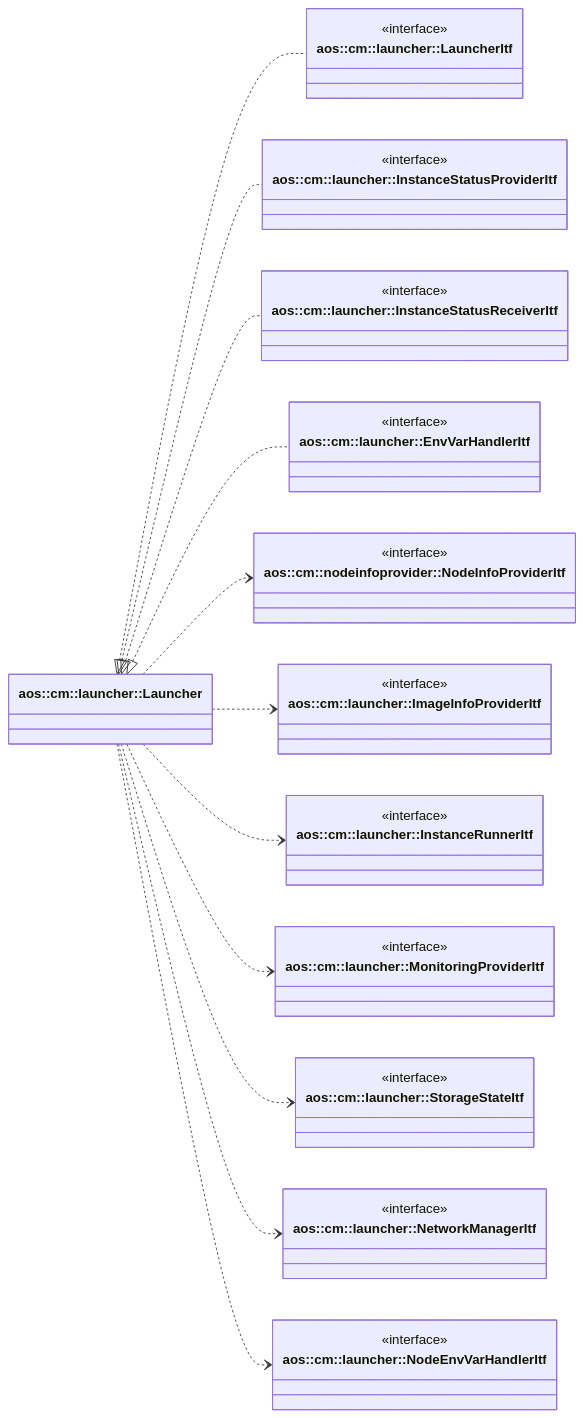
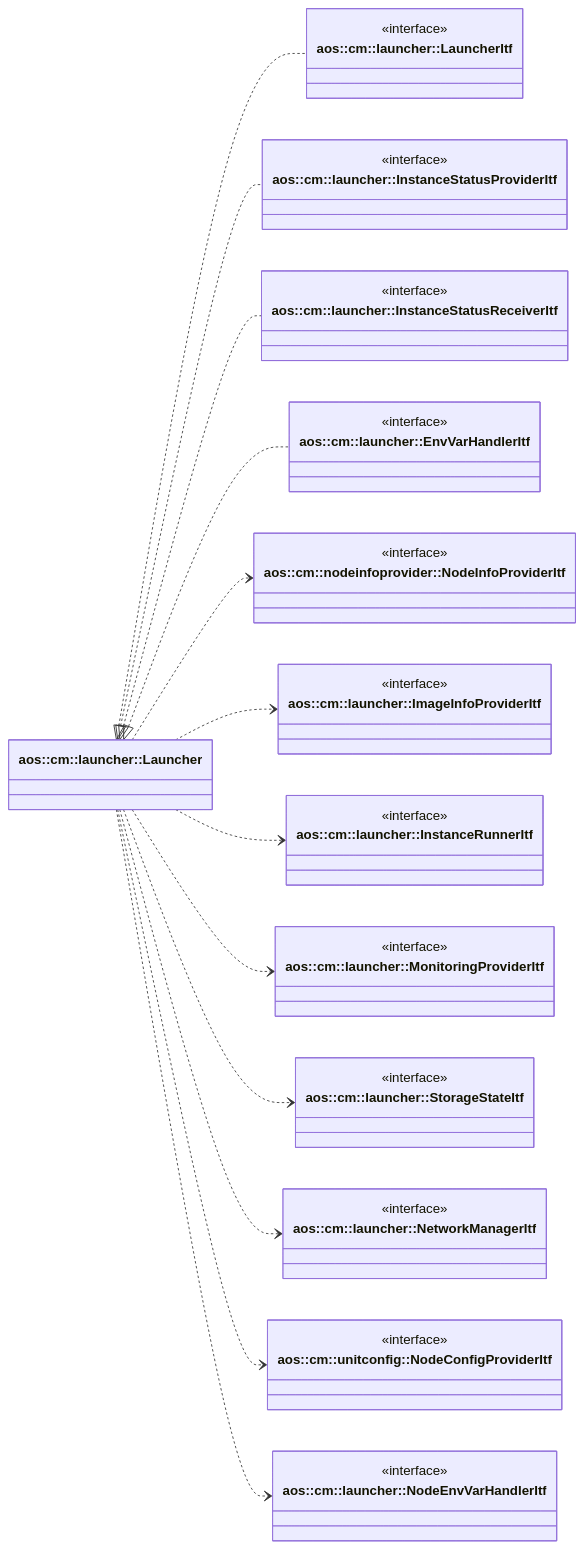
Before and after one commit to aosedge/aos_core_lib_cpp: the first of 4 diagrams in src/core/cm/launcher/launcher.md, drawn with Mermaid. The commit also changed other lines of this file and 16 other files, not shown here.

````diff
--- a/src/core/cm/launcher/launcher.md
+++ b/src/core/cm/launcher/launcher.md
@@ -29,63 +33,68 @@
 ```mermaid
 classDiagram
     direction LR
 
     class Launcher["aos::cm::launcher::Launcher"] {
     }
 
     class LauncherItf["aos::cm::launcher::LauncherItf"] {
         <<interface>>
     }
 
     class InstanceStatusProviderItf["aos::cm::launcher::InstanceStatusProviderItf"] {
         <<interface>>
     }
 
     class InstanceStatusReceiverItf["aos::cm::launcher::InstanceStatusReceiverItf"] {
         <<interface>>
     }
 
     class EnvVarHandlerItf["aos::cm::launcher::EnvVarHandlerItf"] {
         <<interface>>
     }
 
     class NodeInfoProviderItf["aos::cm::nodeinfoprovider::NodeInfoProviderItf"] {
         <<interface>>
     }
 
     class ImageInfoProviderItf ["aos::cm::launcher::ImageInfoProviderItf"] {
         <<interface>>
     }
 
     class InstanceRunnerItf ["aos::cm::launcher::InstanceRunnerItf"] {
         <<interface>>
     }
 
     class MonitoringProviderItf ["aos::cm::launcher::MonitoringProviderItf"] {
         <<interface>>
     }
 
+    class StorageStateItf ["aos::cm::launcher::StorageStateItf"] {
+        <<interface>>
+    }
+
     class NetworkManagerItf ["aos::cm::launcher::NetworkManagerItf"] {
         <<interface>>
     }
 
-    class StorageStateItf ["aos::cm::launcher::StorageStateItf"] {
+    class NodeConfigProviderItf ["aos::cm::unitconfig::NodeConfigProviderItf"] {
         <<interface>>
     }
 
     class NodeEnvVarHandlerItf ["aos::cm::launcher::NodeEnvVarHandlerItf"] {
         <<interface>>
     }
 
     Launcher <|.. LauncherItf
     Launcher <|.. InstanceStatusProviderItf
     Launcher <|.. InstanceStatusReceiverItf
     Launcher <|.. EnvVarHandlerItf
     Launcher ..> NodeInfoProviderItf
     Launcher ..> ImageInfoProviderItf
     Launcher ..> InstanceRunnerItf
     Launcher ..> MonitoringProviderItf
     Launcher ..> StorageStateItf
     Launcher ..> NetworkManagerItf
+    Launcher ..> NodeConfigProviderItf
     Launcher ..> NodeEnvVarHandlerItf
 ```
````
